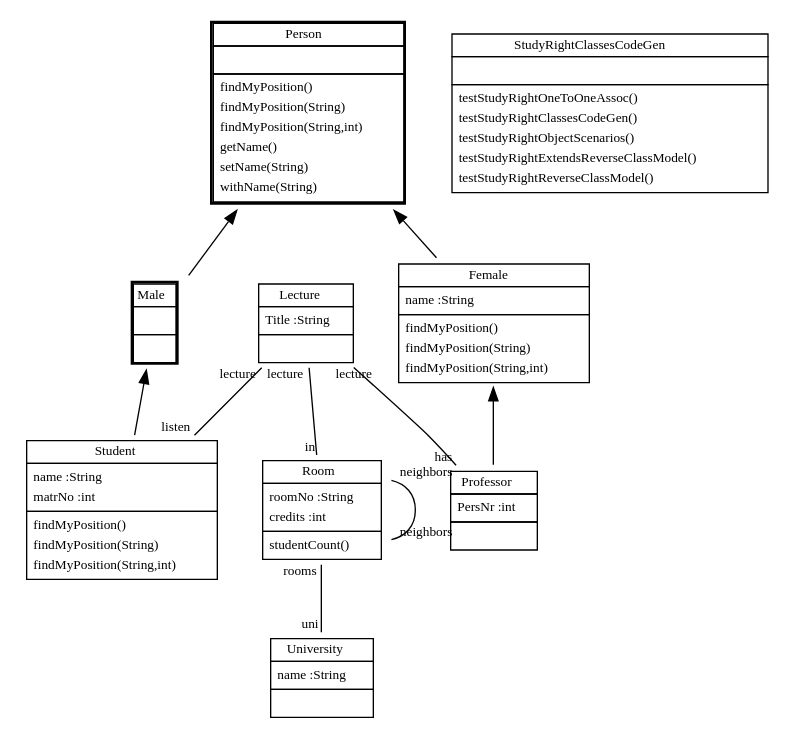
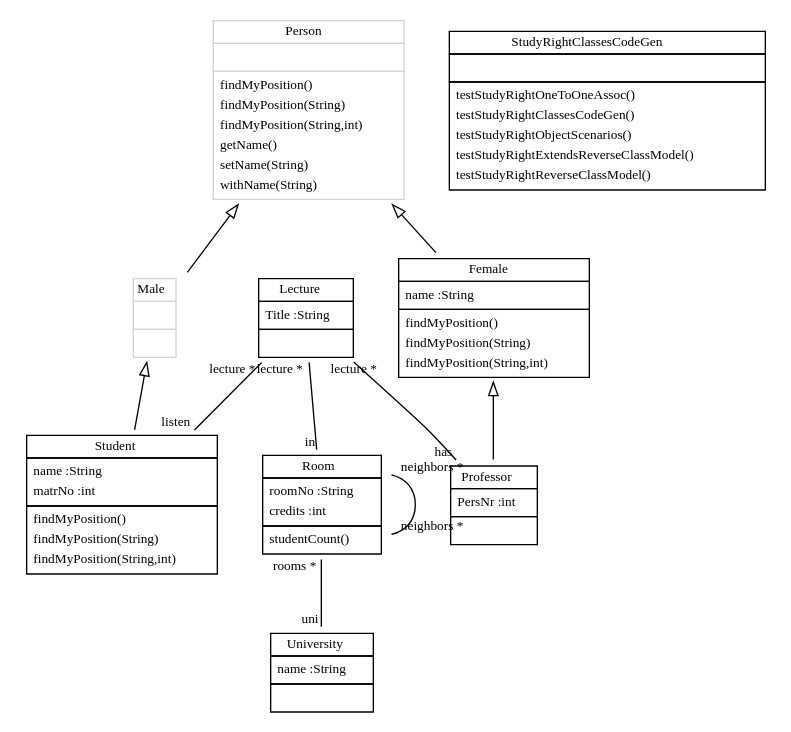
The diagram in doc/StudyRightExtendsReverseClassModel.dot (fujaba/SDMLib), drawn with Graphviz before and after one commit. The commit also changed 26 other files, not shown here.

Commit message:
creatorcreator does not longer grow on each run. to many assocs show a star in the class diagram now. Using hollow arrowheads for inheritance now. Using grey color to indicate interface classes now.

```diff
--- a/doc/StudyRightExtendsReverseClassModel.dot
+++ b/doc/StudyRightExtendsReverseClassModel.dot
@@ -1,28 +1,28 @@
 
  digraph ClassDiagram {
     node [shape = none, fontsize = 10]; 
     edge [fontsize = 10];
     
     
     Lecture [label=<<table border='0' cellborder='1' cellspacing='0'> <tr> <td>Lecture</td> </tr> <tr><td><table border='0' cellborder='0' cellspacing='0'> <tr><td align='left'>Title :String</td></tr>  </table></td></tr> <tr><td><table border='0' cellborder='0' cellspacing='0'> <tr><td> </td></tr> </table></td></tr> </table>>];
-    Person [label=<<table border='2' cellborder='1' cellspacing='0'> <tr> <td>Person</td> </tr> <tr><td><table border='0' cellborder='0' cellspacing='0'> <tr><td> </td></tr> </table></td></tr> <tr><td><table border='0' cellborder='0' cellspacing='0'> <tr><td align='left'>findMyPosition()</td></tr> <tr><td align='left'>findMyPosition(String)</td></tr> <tr><td align='left'>findMyPosition(String,int)</td></tr> <tr><td align='left'>getName()</td></tr> <tr><td align='left'>setName(String)</td></tr> <tr><td align='left'>withName(String)</td></tr>  </table></td></tr> </table>>];
+    Person [label=<<table color='lightgrey' border='0' cellborder='1' cellspacing='0'> <tr> <td>Person</td> </tr> <tr><td><table border='0' cellborder='0' cellspacing='0'> <tr><td> </td></tr> </table></td></tr> <tr><td><table border='0' cellborder='0' cellspacing='0'> <tr><td align='left'>findMyPosition()</td></tr> <tr><td align='left'>findMyPosition(String)</td></tr> <tr><td align='left'>findMyPosition(String,int)</td></tr> <tr><td align='left'>getName()</td></tr> <tr><td align='left'>setName(String)</td></tr> <tr><td align='left'>withName(String)</td></tr>  </table></td></tr> </table>>];
     Room [label=<<table border='0' cellborder='1' cellspacing='0'> <tr> <td>Room</td> </tr> <tr><td><table border='0' cellborder='0' cellspacing='0'> <tr><td align='left'>roomNo :String</td></tr> <tr><td align='left'>credits :int</td></tr>  </table></td></tr> <tr><td><table border='0' cellborder='0' cellspacing='0'> <tr><td align='left'>studentCount()</td></tr>  </table></td></tr> </table>>];
     University [label=<<table border='0' cellborder='1' cellspacing='0'> <tr> <td>University</td> </tr> <tr><td><table border='0' cellborder='0' cellspacing='0'> <tr><td align='left'>name :String</td></tr>  </table></td></tr> <tr><td><table border='0' cellborder='0' cellspacing='0'> <tr><td> </td></tr> </table></td></tr> </table>>];
     StudyRightClassesCodeGen [label=<<table border='0' cellborder='1' cellspacing='0'> <tr> <td>StudyRightClassesCodeGen</td> </tr> <tr><td><table border='0' cellborder='0' cellspacing='0'> <tr><td> </td></tr> </table></td></tr> <tr><td><table border='0' cellborder='0' cellspacing='0'> <tr><td align='left'>testStudyRightOneToOneAssoc()</td></tr> <tr><td align='left'>testStudyRightClassesCodeGen()</td></tr> <tr><td align='left'>testStudyRightObjectScenarios()</td></tr> <tr><td align='left'>testStudyRightExtendsReverseClassModel()</td></tr> <tr><td align='left'>testStudyRightReverseClassModel()</td></tr>  </table></td></tr> </table>>];
     Female [label=<<table border='0' cellborder='1' cellspacing='0'> <tr> <td>Female</td> </tr> <tr><td><table border='0' cellborder='0' cellspacing='0'> <tr><td align='left'>name :String</td></tr>  </table></td></tr> <tr><td><table border='0' cellborder='0' cellspacing='0'> <tr><td align='left'>findMyPosition()</td></tr> <tr><td align='left'>findMyPosition(String)</td></tr> <tr><td align='left'>findMyPosition(String,int)</td></tr>  </table></td></tr> </table>>];
-    Male [label=<<table border='2' cellborder='1' cellspacing='0'> <tr> <td>Male</td> </tr> <tr><td><table border='0' cellborder='0' cellspacing='0'> <tr><td> </td></tr> </table></td></tr> <tr><td><table border='0' cellborder='0' cellspacing='0'> <tr><td> </td></tr> </table></td></tr> </table>>];
+    Male [label=<<table color='lightgrey' border='0' cellborder='1' cellspacing='0'> <tr> <td>Male</td> </tr> <tr><td><table border='0' cellborder='0' cellspacing='0'> <tr><td> </td></tr> </table></td></tr> <tr><td><table border='0' cellborder='0' cellspacing='0'> <tr><td> </td></tr> </table></td></tr> </table>>];
     Professor [label=<<table border='0' cellborder='1' cellspacing='0'> <tr> <td>Professor</td> </tr> <tr><td><table border='0' cellborder='0' cellspacing='0'> <tr><td align='left'>PersNr :int</td></tr>  </table></td></tr> <tr><td><table border='0' cellborder='0' cellspacing='0'> <tr><td> </td></tr> </table></td></tr> </table>>];
     Student [label=<<table border='0' cellborder='1' cellspacing='0'> <tr> <td>Student</td> </tr> <tr><td><table border='0' cellborder='0' cellspacing='0'> <tr><td align='left'>name :String</td></tr> <tr><td align='left'>matrNo :int</td></tr>  </table></td></tr> <tr><td><table border='0' cellborder='0' cellspacing='0'> <tr><td align='left'>findMyPosition()</td></tr> <tr><td align='left'>findMyPosition(String)</td></tr> <tr><td align='left'>findMyPosition(String,int)</td></tr>  </table></td></tr> </table>>];
     
     
     
-    Female ->  Professor [dir = "back" arrowhead = "empty"];
-    Person ->  Female [dir = "back" arrowhead = "empty"];
-    Person ->  Male [dir = "back" arrowhead = "empty"];
-    Male ->  Student [dir = "back" arrowhead = "empty"];
-    Room -> Room [headlabel = "neighbors" taillabel = "neighbors" arrowhead = "none" ];
-    Lecture -> Room [headlabel = "in" taillabel = "lecture" arrowhead = "none" ];
-    Room -> University [headlabel = "uni" taillabel = "rooms" arrowhead = "none" ];
-    Lecture -> Professor [headlabel = "has" taillabel = "lecture" arrowhead = "none" ];
-    Lecture -> Student [headlabel = "listen" taillabel = "lecture" arrowhead = "none" ];
+    Female ->  Professor [dir = "back" arrowtail = "empty"];
+    Person ->  Female [dir = "back" arrowtail = "empty"];
+    Person ->  Male [dir = "back" arrowtail = "empty"];
+    Male ->  Student [dir = "back" arrowtail = "empty"];
+    Room -> Room [headlabel = "neighbors *" taillabel = "neighbors *" arrowhead = "none" ];
+    Lecture -> Room [headlabel = "in" taillabel = "lecture *" arrowhead = "none" ];
+    Room -> University [headlabel = "uni" taillabel = "rooms *" arrowhead = "none" ];
+    Lecture -> Professor [headlabel = "has" taillabel = "lecture *" arrowhead = "none" ];
+    Lecture -> Student [headlabel = "listen" taillabel = "lecture *" arrowhead = "none" ];
 }
```
